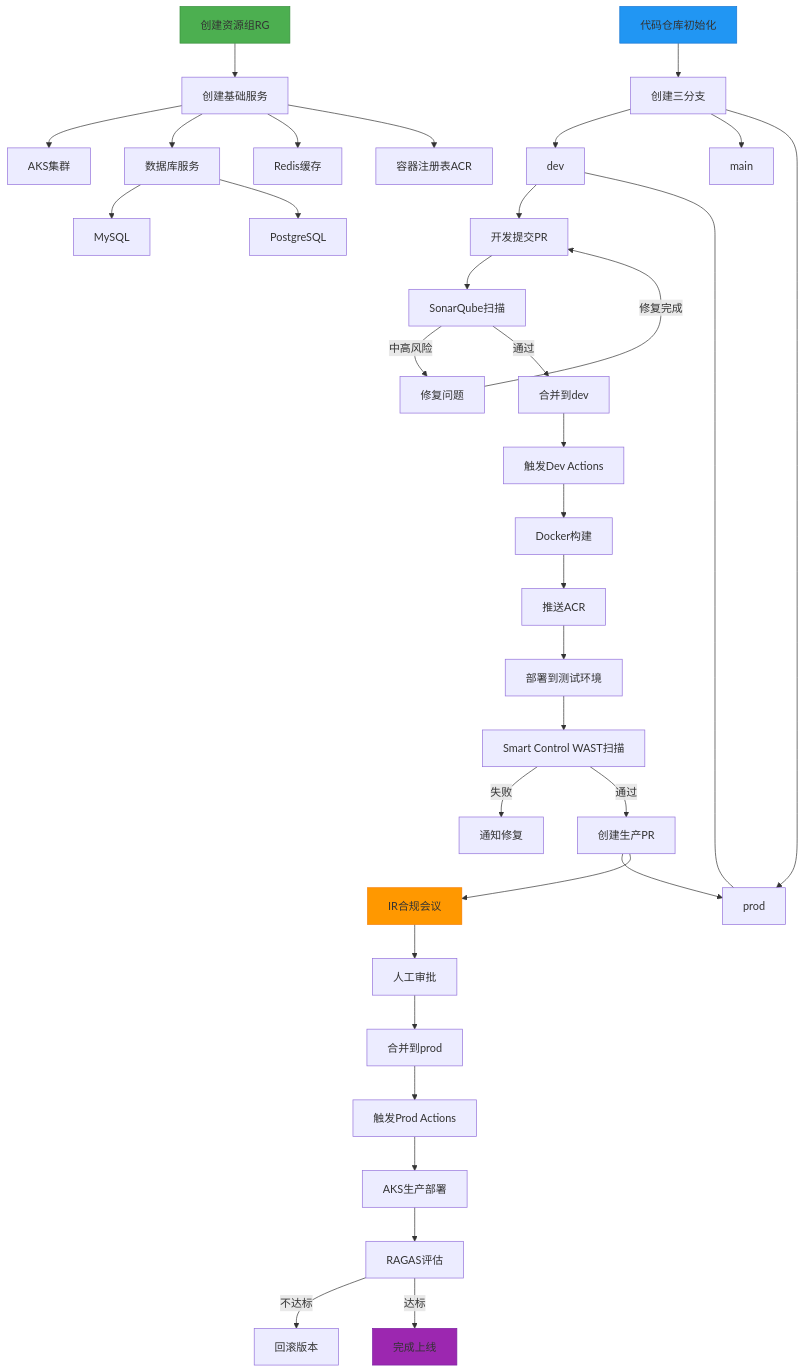
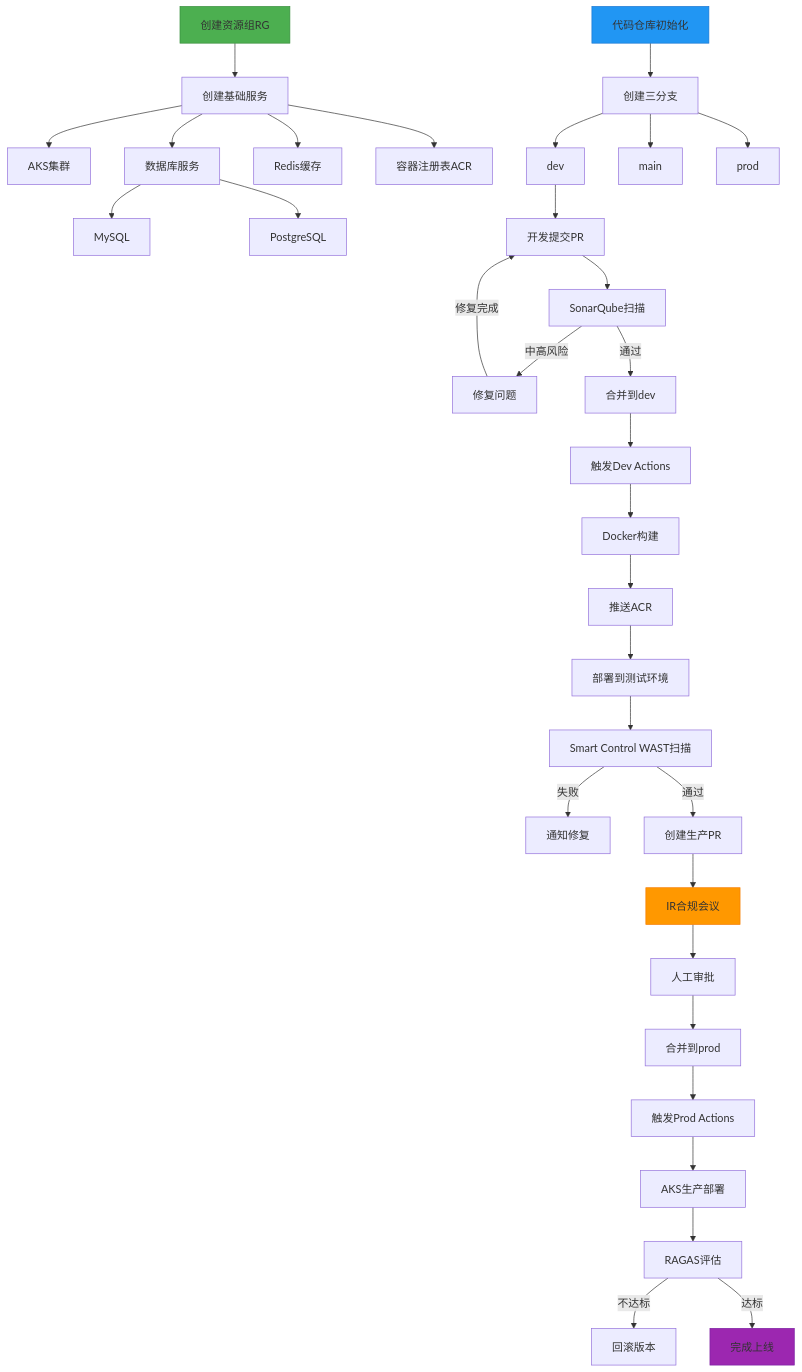
One commit to funnyData/iodraw-files changed the diagram in all/未命名-1.md. Above: the diagram before and after it, drawn with Mermaid.

Commit message:
2025-02-27 09:06:56 update

````diff
--- a/all/未命名-1.md
+++ b/all/未命名-1.md
@@ -1,52 +1,52 @@
 ```mermaid
 graph TD
     A[创建资源组RG] --> B[创建基础服务]
     B --> C[AKS集群]
     B --> D[数据库服务]
     D --> DA[MySQL]
     D --> DB[PostgreSQL]
     B --> E[Redis缓存]
     B --> F[容器注册表ACR]
     
     G[代码仓库初始化] --> H[创建三分支]
     H --> I[dev]
     H --> J[main]
     H --> K[prod]
-    -------
+    
     I --> L[开发提交PR]
     L --> M[SonarQube扫描]
     M -->|中高风险| N[修复问题]
     N -->|修复完成|L
     M -->|通过| O[合并到dev]
     
     O --> P[触发Dev Actions]
     P --> Q[Docker构建]
     Q --> R[推送ACR]
     R --> S[部署到测试环境]
     
     S --> T[Smart Control WAST扫描]
     T -->|失败| U[通知修复]
 
     
     T -->|通过| V[创建生产PR]
-    V --> K
+
     
     V --> W[IR合规会议]
     W --> X[人工审批]
     X --> Y[合并到prod]
     
     Y --> Z[触发Prod Actions]
     Z --> AC[AKS生产部署]
     %% Z --> AA[安全扫描]
     %% AA -->|高风险| AB[终止部署]
     %% AA -->|通过| AC[AKS生产部署]
     
     AC --> AD[RAGAS评估]
     AD -->|不达标| AE[回滚版本]
     AD -->|达标| AF[完成上线]
     
     style A fill:#4CAF50,stroke:#388E3C
     style G fill:#2196F3,stroke:#1976D2
     style W fill:#FF9800,stroke:#F57C00
     style AF fill:#9C27B0,stroke:#7B1FA2
 ```
````
